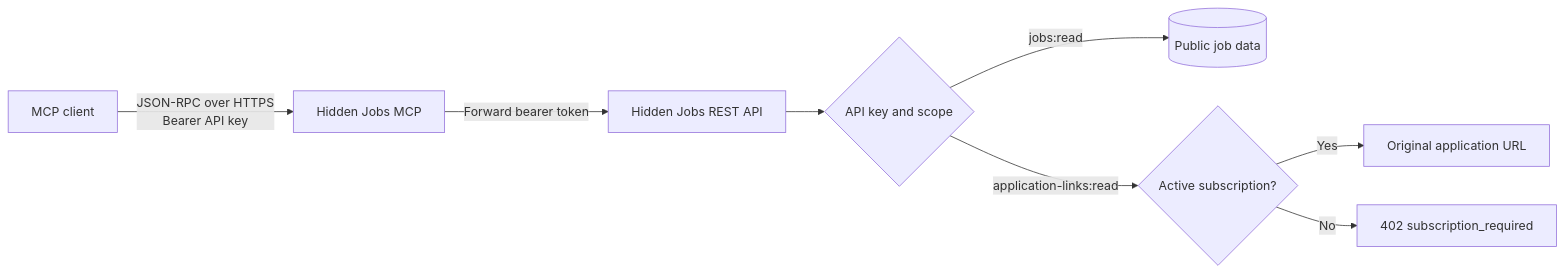
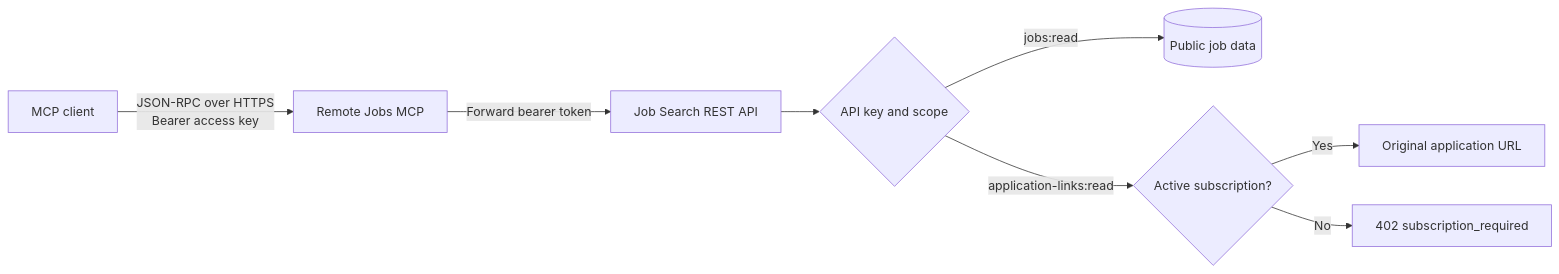
One commit to hiddenjobs/job-search-mcp changed the first of 2 diagrams in README.md. Above: the diagram before and after it, drawn with Mermaid. The commit also changed other lines of this file and 14 other files, not shown here.

Commit message:
Present MCP as a remote job search product

````diff
--- a/README.md
+++ b/README.md
@@ -72,10 +81,10 @@
 ```mermaid
 flowchart LR
-    Client[MCP client] -->|JSON-RPC over HTTPS\nBearer API key| MCP[Hidden Jobs MCP]
-    MCP -->|Forward bearer token| API[Hidden Jobs REST API]
+    Client[MCP client] -->|JSON-RPC over HTTPS\nBearer access key| MCP[Remote Jobs MCP]
+    MCP -->|Forward bearer token| API[Job Search REST API]
     API --> Auth{API key and scope}
     Auth -->|jobs:read| Jobs[(Public job data)]
     Auth -->|application-links:read| Subscription{Active subscription?}
     Subscription -->|Yes| Link[Original application URL]
     Subscription -->|No| Denied[402 subscription_required]
 ```
````
